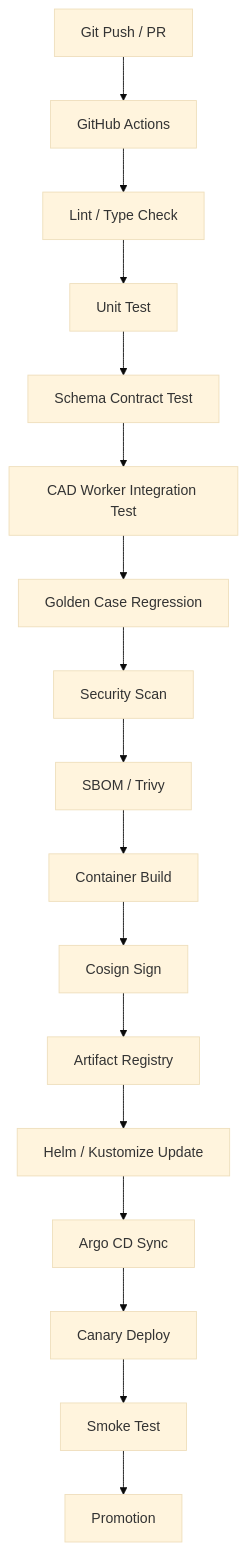
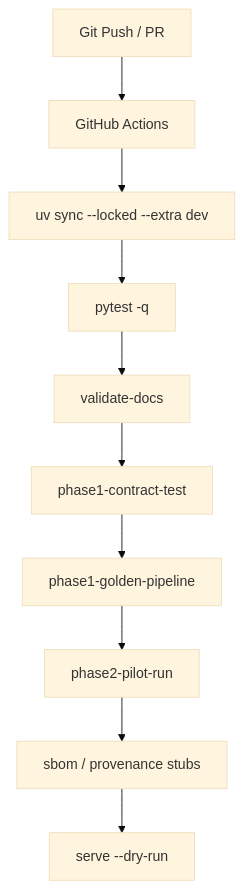
Before and after one commit to dio16/cad_agents: the diagram in docs/operations_ja.md, drawn with Mermaid (base theme). The commit also changed other lines of this file and 43 other files, not shown here.

````diff
--- a/docs/operations_ja.md
+++ b/docs/operations_ja.md
@@ -17,19 +22,12 @@
 ```mermaid
 flowchart TD
     A[Git Push / PR] --> B[GitHub Actions]
-    B --> C[Lint / Type Check]
-    C --> D[Unit Test]
-    D --> E[Schema Contract Test]
-    E --> F[CAD Worker Integration Test]
-    F --> G[Golden Case Regression]
-    G --> H[Security Scan]
-    H --> I[SBOM / Trivy]
-    I --> J[Container Build]
-    J --> K[Cosign Sign]
-    K --> L[Artifact Registry]
-    L --> M[Helm / Kustomize Update]
-    M --> N[Argo CD Sync]
-    N --> O[Canary Deploy]
-    O --> P[Smoke Test]
-    P --> Q[Promotion]
+    B --> C[uv sync --locked --extra dev]
+    C --> D[pytest -q]
+    D --> E[validate-docs]
+    E --> F[phase1-contract-test]
+    F --> G[phase1-golden-pipeline]
+    G --> H[phase2-pilot-run]
+    H --> I[sbom / provenance stubs]
+    I --> J[serve --dry-run]
 ```
````
